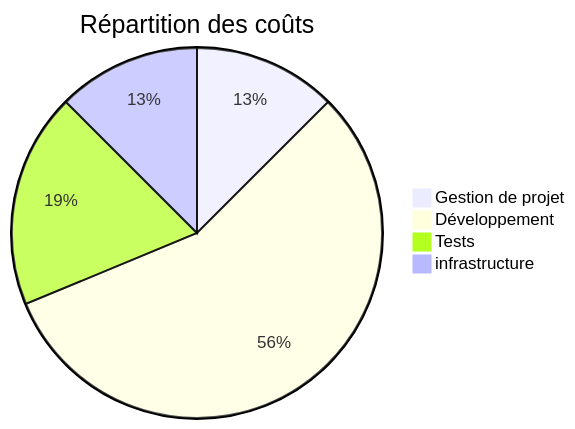
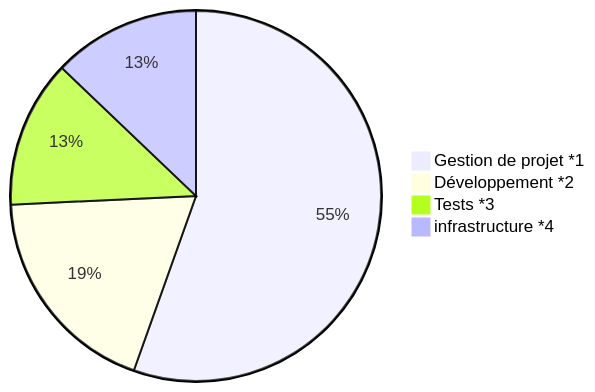
One commit to indidi01/TradeCorp_Data_Platform changed the second of 2 diagrams in README.md. Above: the diagram before and after it, drawn with Mermaid. The commit also changed other lines of this file, not shown here.

````diff
--- a/README.md
+++ b/README.md
@@ -59,7 +128,7 @@
 ```mermaid
-pie title Répartition des coûts
-    "Gestion de projet" : 10
-    "Développement" : 45
-    "Tests" : 15
-    "infrastructure" : 10
+pie
+    "Gestion de projet *1" : 56
+    "Développement *2" : 19
+    "Tests *3" : 13
+    "infrastructure *4": 13
 ```
````
